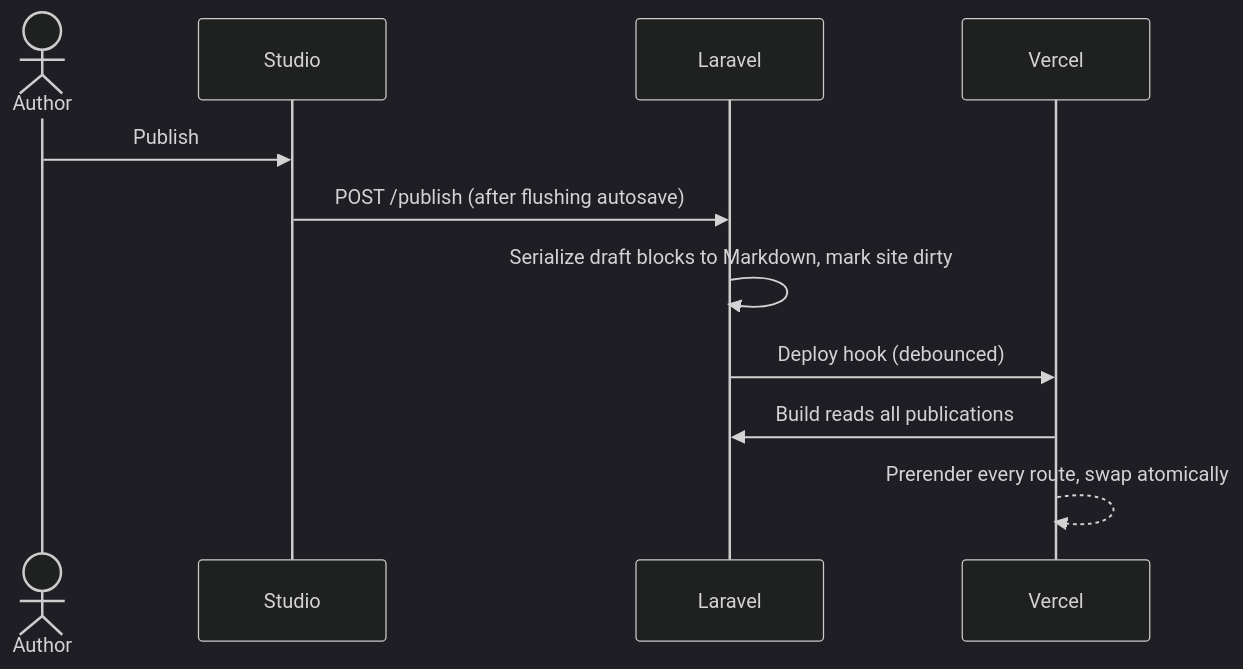
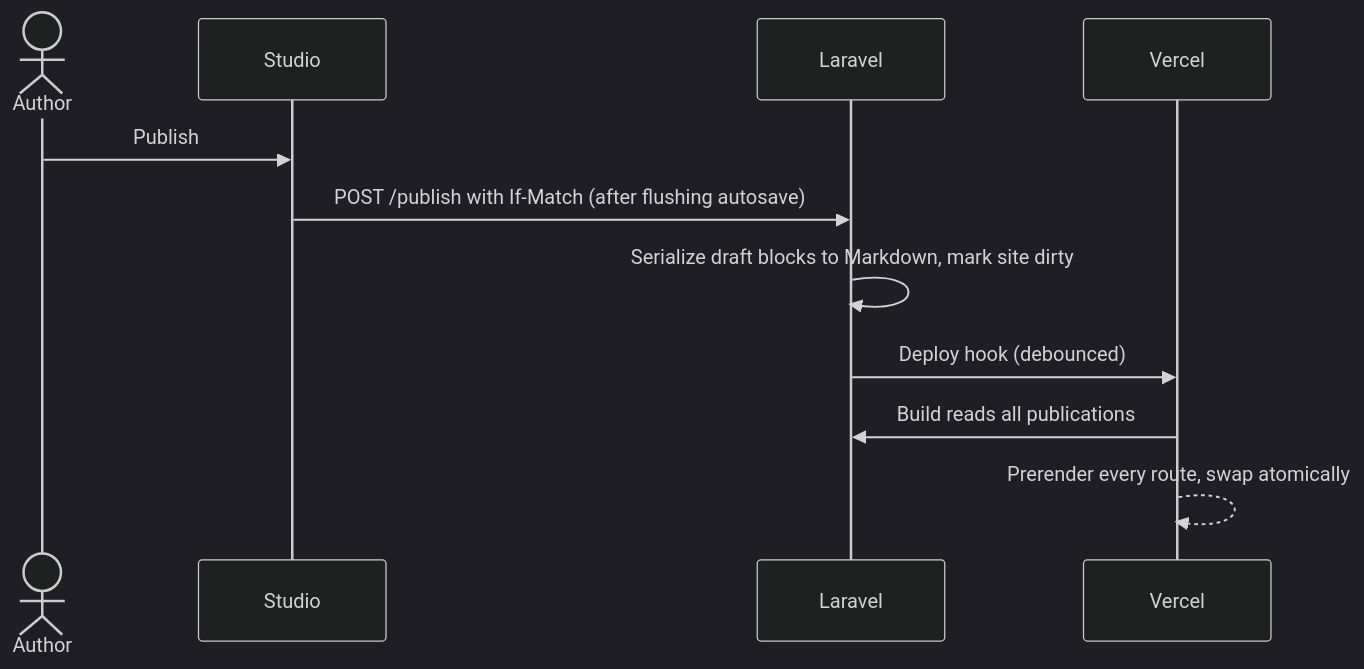
Before and after one commit to RafaelDMachado2001/Cosmos: the second of 3 diagrams in docs/architecture.md, drawn with Mermaid (dark theme). The commit also changed other lines of this file and 7 other files, not shown here.

````diff
--- a/docs/architecture.md
+++ b/docs/architecture.md
@@ -159,13 +159,13 @@
 ```mermaid
 sequenceDiagram
     actor Author
     participant Studio
     participant API as Laravel
     participant Vercel
     Author->>Studio: Publish
-    Studio->>API: POST /publish (after flushing autosave)
+    Studio->>API: POST /publish with If-Match (after flushing autosave)
     API->>API: Serialize draft blocks to Markdown, mark site dirty
     API->>Vercel: Deploy hook (debounced)
     Vercel->>API: Build reads all publications
     Vercel-->>Vercel: Prerender every route, swap atomically
 ```
````
